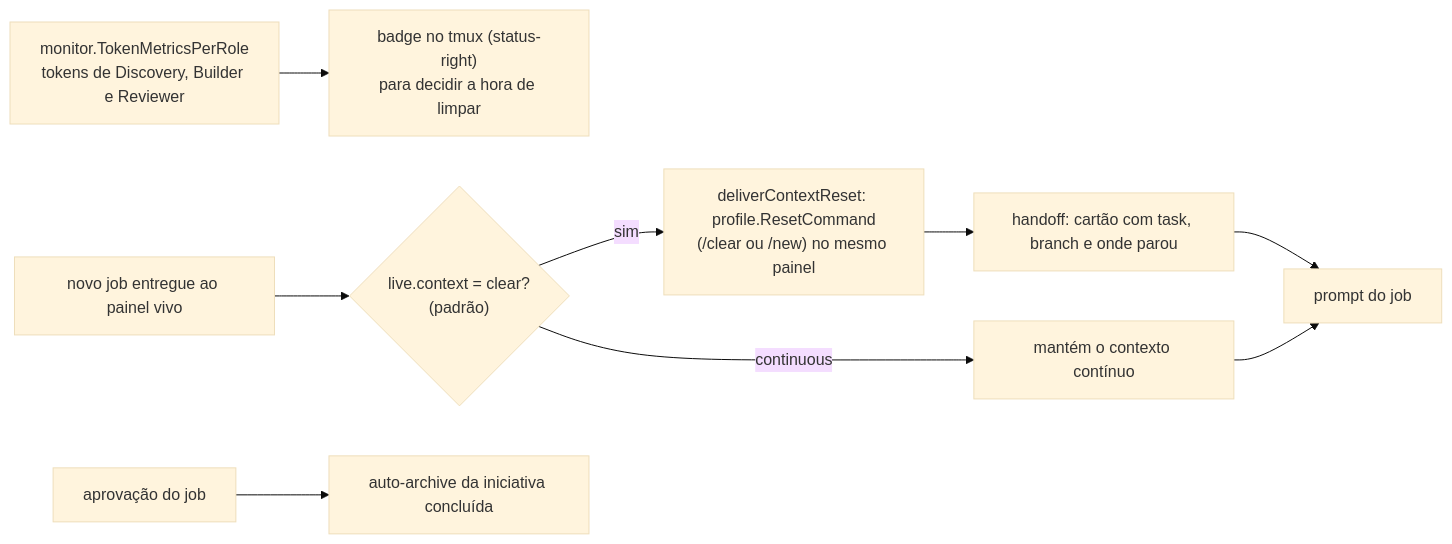
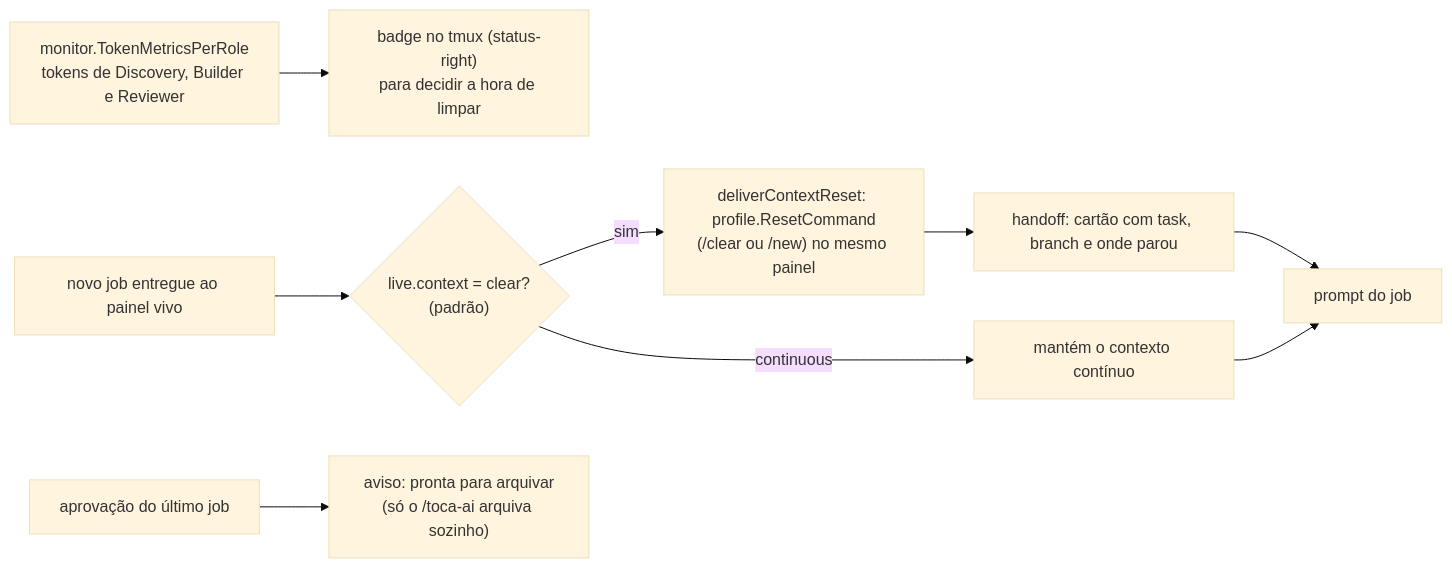
The fourth of 9 diagrams in sdd/spec/flows.md (nathanramorim/forge-sdd), drawn with Mermaid (base theme) before and after one commit. The commit also changed other lines of this file and 7 other files, not shown here.

````diff
--- a/sdd/spec/flows.md
+++ b/sdd/spec/flows.md
@@ -79,11 +83,11 @@
 ```mermaid
 flowchart LR
     M["monitor.TokenMetricsPerRole<br/>tokens de Discovery, Builder e Reviewer"] --> BDG["badge no tmux (status-right)<br/>para decidir a hora de limpar"]
     JOB["novo job entregue ao painel vivo"] --> CM{"live.context = clear?<br/>(padrão)"}
     CM -- sim --> RST["deliverContextReset: profile.ResetCommand<br/>(/clear ou /new) no mesmo painel"]
     CM -- continuous --> KEEP["mantém o contexto contínuo"]
     RST --> HC["handoff: cartão com task, branch e onde parou"]
     HC --> SEND["prompt do job"]
     KEEP --> SEND
-    APR["aprovação do job"] --> ARQ["auto-archive da iniciativa concluída"]
+    APR["aprovação do último job"] --> ARQ["aviso: pronta para arquivar<br/>(só o /toca-ai arquiva sozinho)"]
 ```
````
